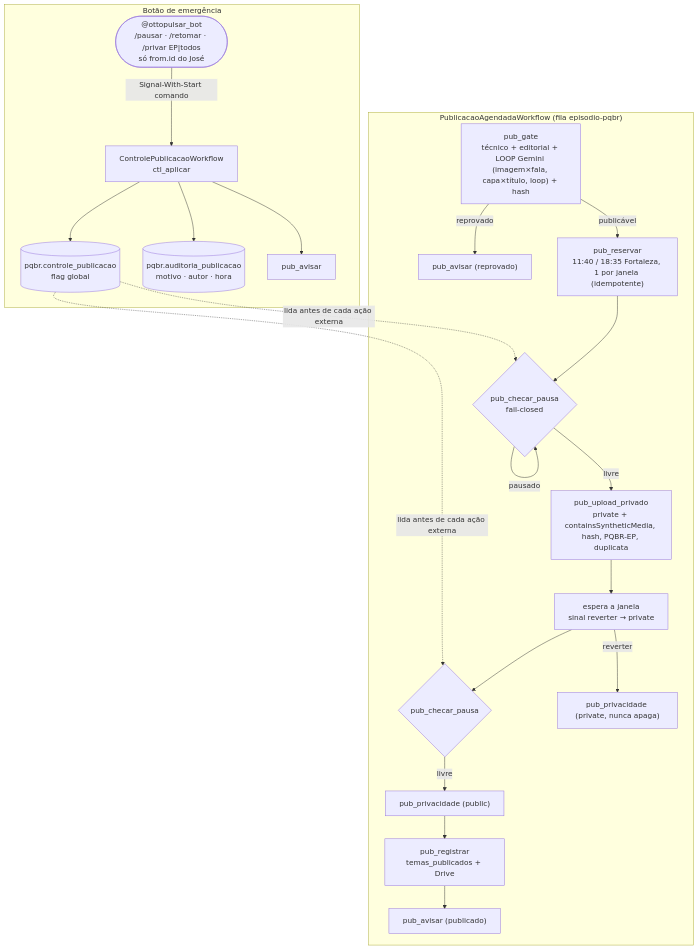
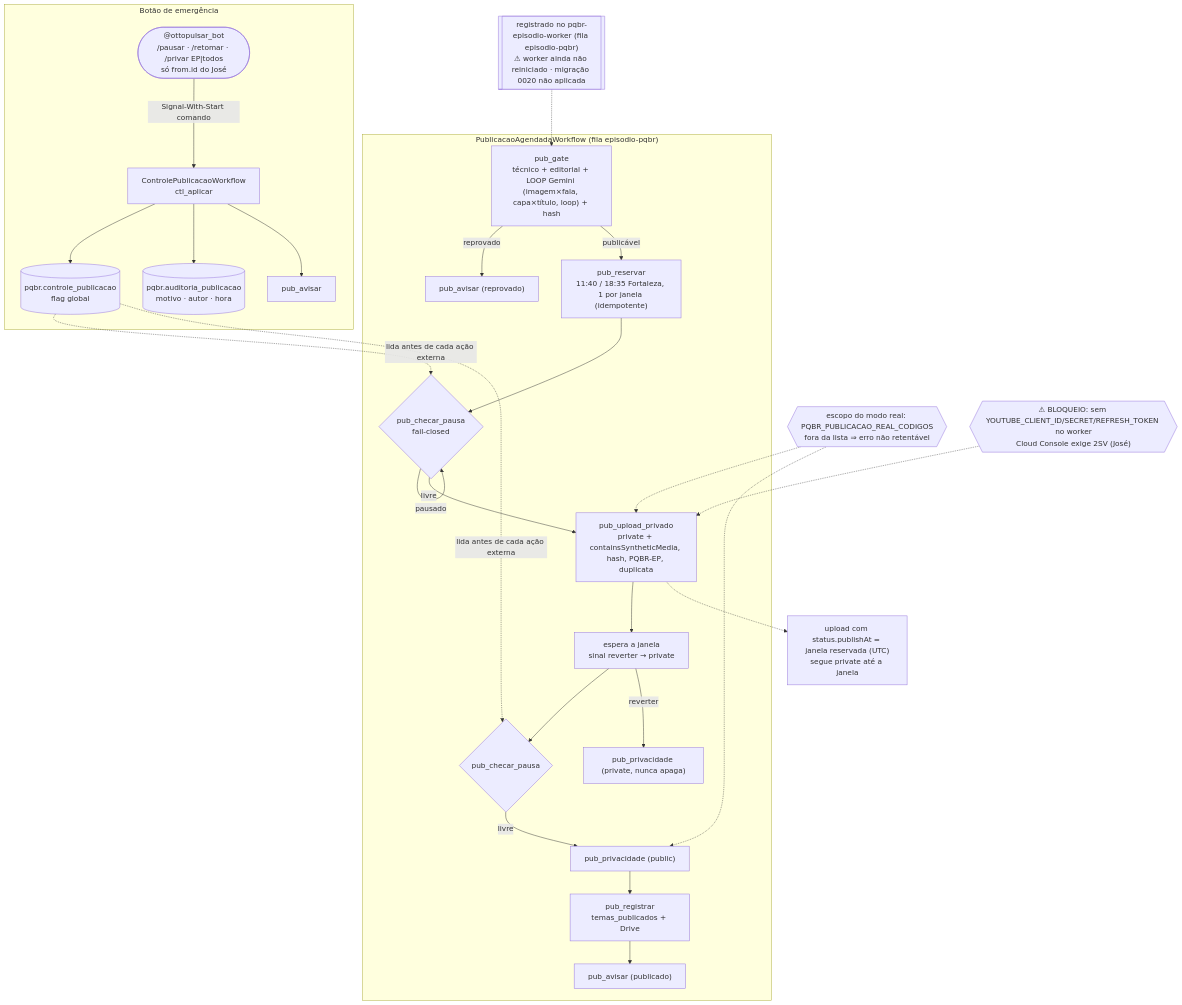
One commit to jvmendesjr/PQBR changed the diagram in docs/mapa/11-publicacao.mmd. Above: the diagram before and after it, drawn with Mermaid. The commit also changed 16 other files, not shown here.

```diff
--- a/docs/mapa/11-publicacao.mmd
+++ b/docs/mapa/11-publicacao.mmd
@@ -1,20 +1,25 @@
 %% Publicação automática + botão de emergência (t540/t541, José 25/10/2026). Alterado pelo agente externo PQBR com autorização do José.
 %% Sem aprovação humana: o gate é a única barreira. Telegram só AVISA. Simulação por padrão (YOUTUBE_DRY_RUN + PQBR_PUBLICACAO_REAL).
 flowchart TD
   subgraph PUB["PublicacaoAgendadaWorkflow (fila episodio-pqbr)"]
     G["pub_gate<br/>técnico + editorial + LOOP Gemini (imagem×fala, capa×título, loop) + hash"] -->|reprovado| AR["pub_avisar (reprovado)"]
     G -->|publicável| R["pub_reservar<br/>11:40 / 18:35 Fortaleza, 1 por janela (idempotente)"]
     R --> P1{"pub_checar_pausa<br/>fail-closed"} -->|pausado| P1
     P1 -->|livre| U["pub_upload_privado<br/>private + containsSyntheticMedia, hash, PQBR-EP, duplicata"]
     U --> W["espera a janela<br/>sinal reverter → private"]
     W --> P2{"pub_checar_pausa"} -->|livre| PR["pub_privacidade (public)"]
     PR --> RG["pub_registrar<br/>temas_publicados + Drive"] --> AP["pub_avisar (publicado)"]
     W -->|reverter| RV["pub_privacidade (private, nunca apaga)"]
   end
   subgraph EMG["Botão de emergência"]
     TG(["@ottopulsar_bot<br/>/pausar · /retomar · /privar EP|todos<br/>só from.id do José"]) -->|Signal-With-Start comando| CTL["ControlePublicacaoWorkflow<br/>ctl_aplicar"]
     CTL --> FLAG[("pqbr.controle_publicacao<br/>flag global")]
     CTL --> AUD[("pqbr.auditoria_publicacao<br/>motivo · autor · hora")]
     CTL --> AV2["pub_avisar"]
   end
   FLAG -.lida antes de cada ação externa.-> P1 & P2
+  %% 0.4.5 (t69s317/t70u, 26/10/2026)
+  U -.-> PA["upload com status.publishAt = janela reservada (UTC)<br/>segue private até a janela"]
+  SC{{"escopo do modo real: PQBR_PUBLICACAO_REAL_CODIGOS<br/>fora da lista ⇒ erro não retentável"}} -.-> U & PR
+  WK[["registrado no pqbr-episodio-worker (fila episodio-pqbr)<br/>⚠ worker ainda não reiniciado · migração 0020 não aplicada"]] -.-> G
+  BL{{"⚠ BLOQUEIO: sem YOUTUBE_CLIENT_ID/SECRET/REFRESH_TOKEN no worker<br/>Cloud Console exige 2SV (José)"}} -.-> U
```
